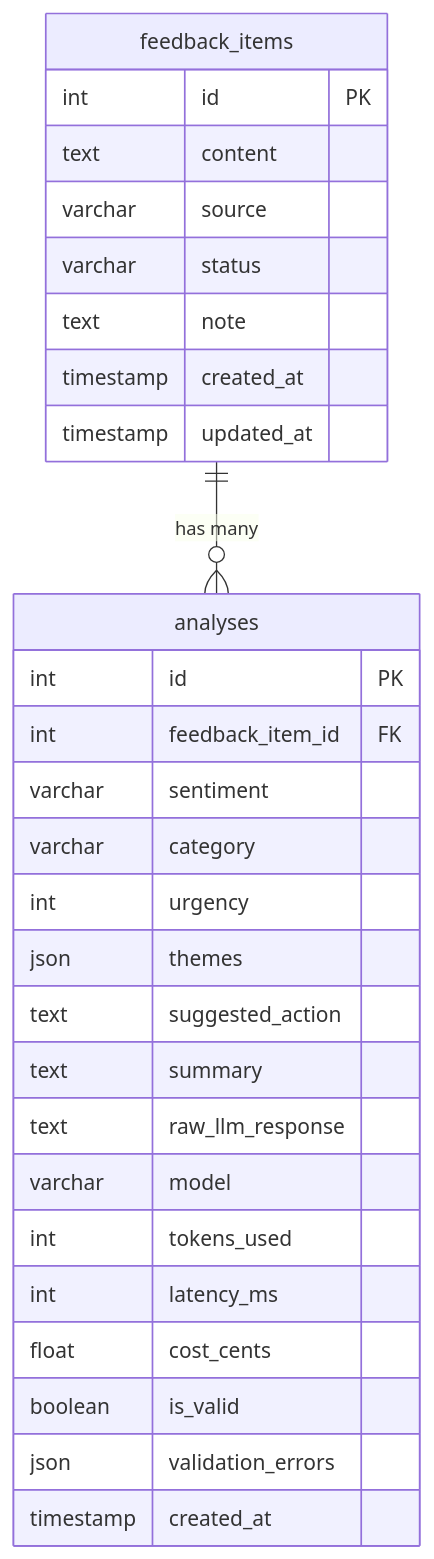
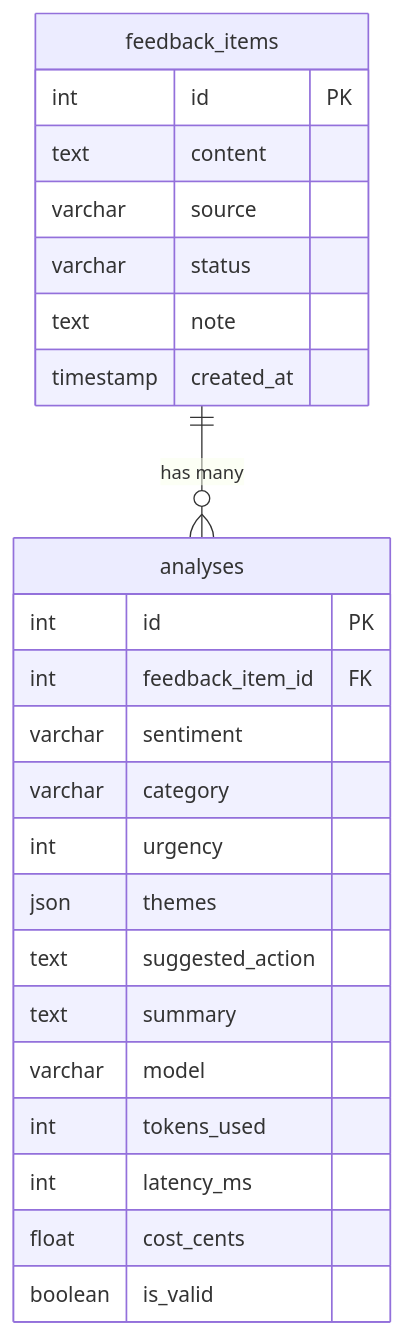
Before and after one commit to hitakshiA/Echolog: the third of 4 diagrams in README.md, drawn with Mermaid. The commit also changed other lines of this file and 3 other files, not shown here.

````diff
--- a/README.md
+++ b/README.md
@@ -111,31 +105,27 @@
 ```mermaid
 erDiagram
+    feedback_items ||--o{ analyses : "has many"
     feedback_items {
         int id PK
         text content
         varchar source
         varchar status
         text note
         timestamp created_at
-        timestamp updated_at
     }
     analyses {
         int id PK
         int feedback_item_id FK
         varchar sentiment
         varchar category
         int urgency
         json themes
         text suggested_action
         text summary
-        text raw_llm_response
         varchar model
         int tokens_used
         int latency_ms
         float cost_cents
         boolean is_valid
-        json validation_errors
-        timestamp created_at
     }
-    feedback_items ||--o{ analyses : "has many"
 ```
````
